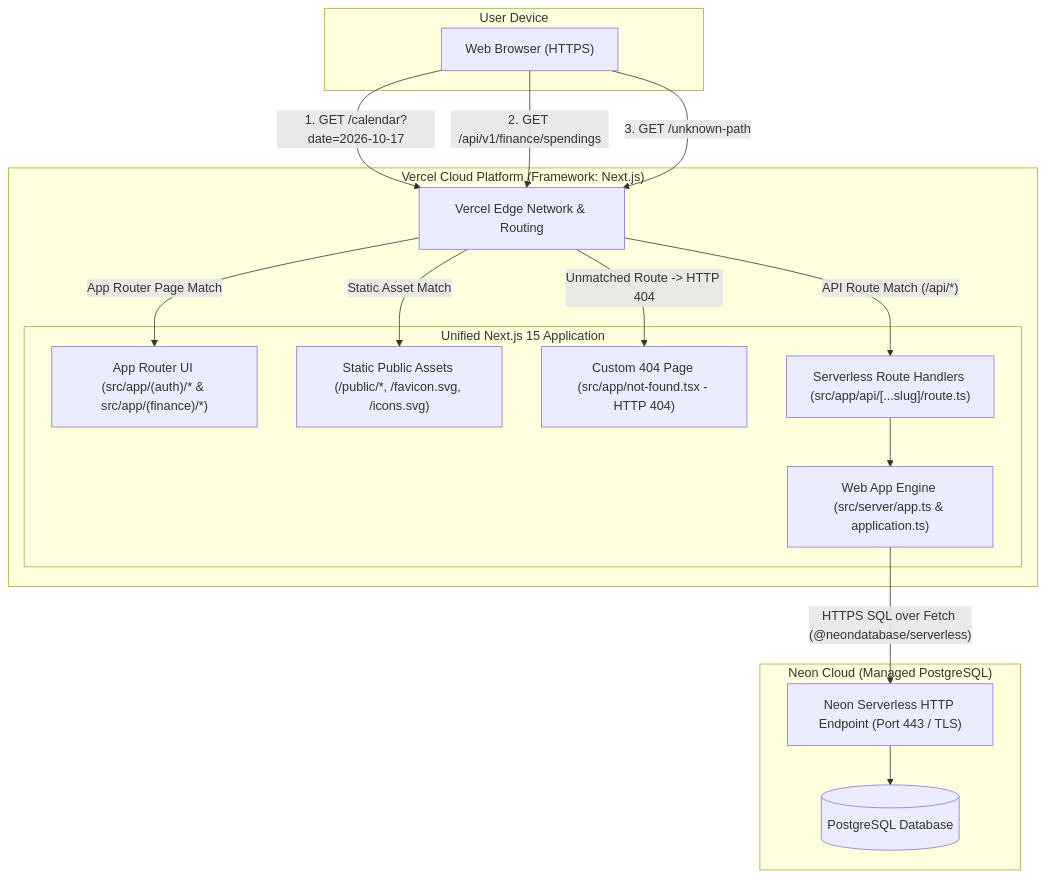
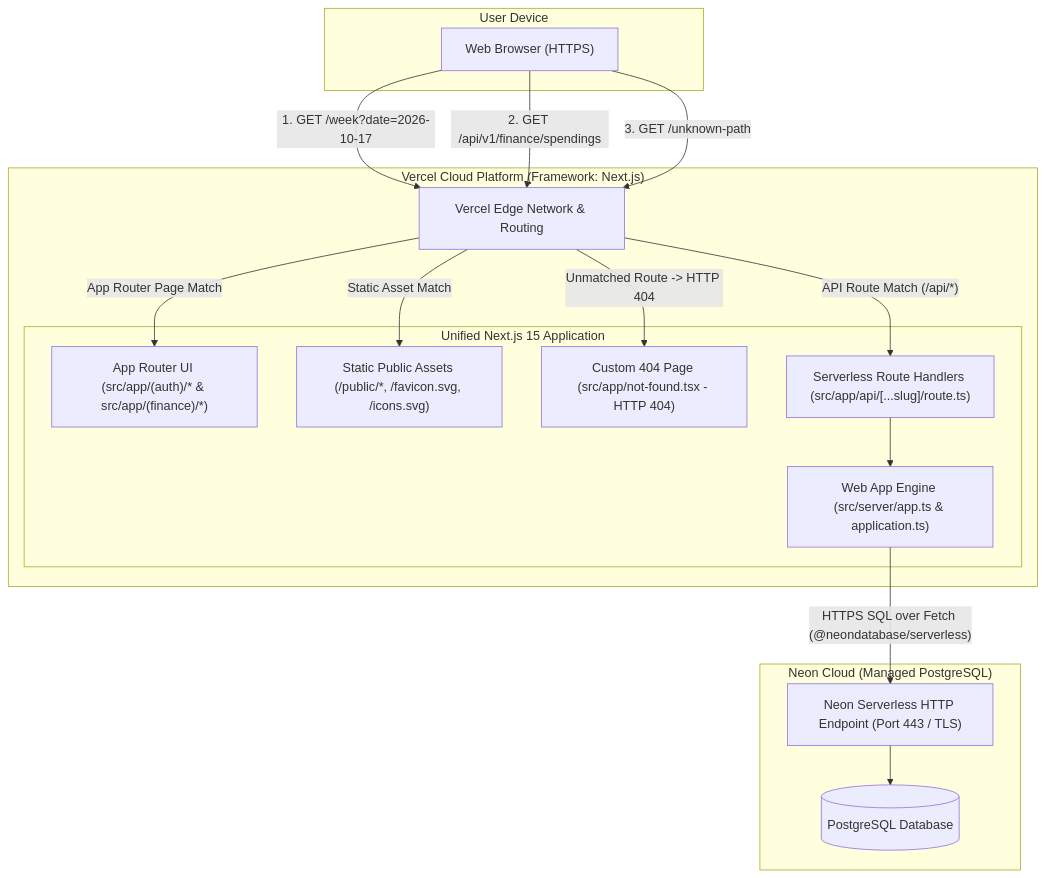
One commit to nnminh-sam/my_finance changed the first of 4 diagrams in docs/02-deployment-architecture.md. Above: the diagram before and after it, drawn with Mermaid. The commit also changed other lines of this file and 27 other files, not shown here.

First line of the commit message:
docs: sync architecture docs with salary cycle, date-range loading, and current layout

````diff
--- a/docs/02-deployment-architecture.md
+++ b/docs/02-deployment-architecture.md
@@ -11,36 +11,36 @@
 ```mermaid
 flowchart TB
     subgraph ClientDevice["User Device"]
         Browser["Web Browser (HTTPS)"]
     end
 
     subgraph VercelPlatform["Vercel Cloud Platform (Framework: Next.js)"]
         EdgeRouter["Vercel Edge Network & Routing"]
 
         subgraph NextApp["Unified Next.js 15 Application"]
             AppPages["App Router UI (src/app/(auth)/* & src/app/(finance)/*)"]
             StaticAssets["Static Public Assets (/public/*, /favicon.svg, /icons.svg)"]
             NotFoundPage["Custom 404 Page (src/app/not-found.tsx - HTTP 404)"]
             RouteHandlers["Serverless Route Handlers (src/app/api/[...slug]/route.ts)"]
             AppEngine["Web App Engine (src/server/app.ts & application.ts)"]
             RouteHandlers --> AppEngine
         end
     end
 
     subgraph NeonCloud["Neon Cloud (Managed PostgreSQL)"]
         NeonHTTP["Neon Serverless HTTP Endpoint (Port 443 / TLS)"]
         PG[("PostgreSQL Database")]
         NeonHTTP --> PG
     end
 
-    Browser -->|"1. GET /calendar?date=2026-10-17"| EdgeRouter
+    Browser -->|"1. GET /week?date=2026-10-17"| EdgeRouter
     Browser -->|"2. GET /api/v1/finance/spendings"| EdgeRouter
     Browser -->|"3. GET /unknown-path"| EdgeRouter
 
     EdgeRouter -->|"App Router Page Match"| AppPages
     EdgeRouter -->|"Static Asset Match"| StaticAssets
     EdgeRouter -->|"API Route Match (/api/*)"| RouteHandlers
     EdgeRouter -->|"Unmatched Route -> HTTP 404"| NotFoundPage
 
     AppEngine -->|"HTTPS SQL over Fetch (@neondatabase/serverless)"| NeonHTTP
 ```
````
